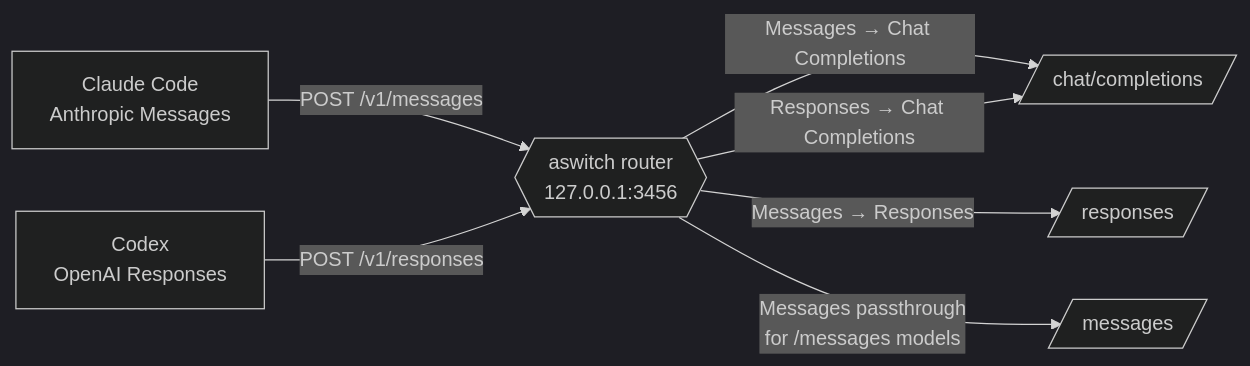
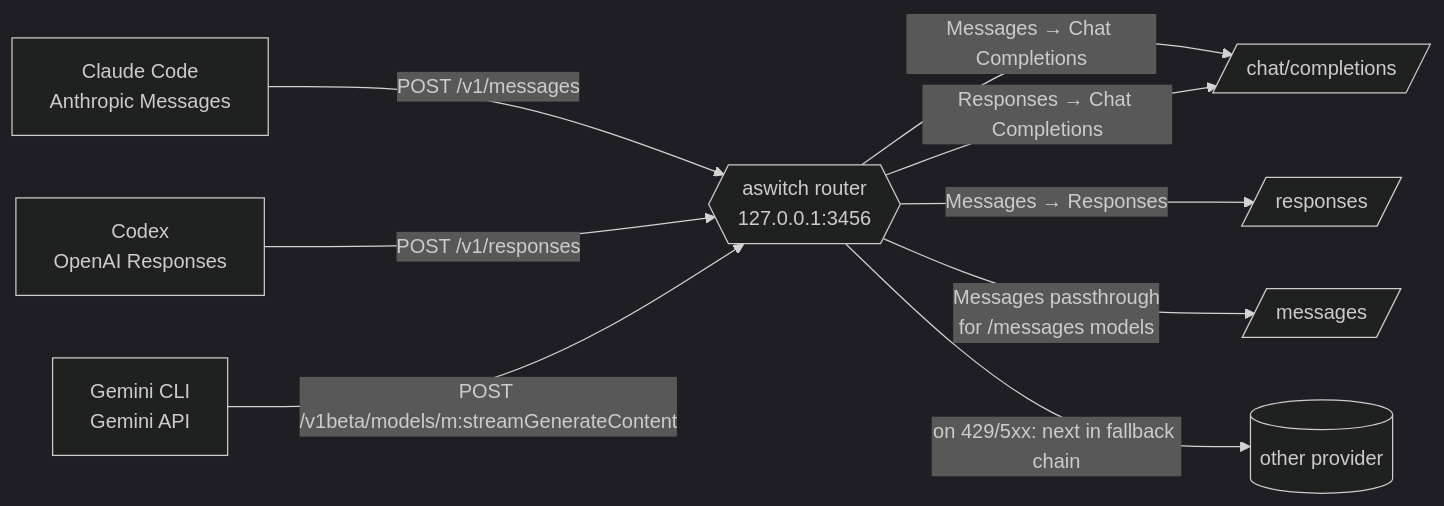
One commit to cumabozkurt/agent-switchboard changed the third of 3 diagrams in README.md. Above: the diagram before and after it, drawn with Mermaid (dark theme). The commit also changed other lines of this file and 68 other files, not shown here.

Commit message:
feat: v0.3.0 — Gemini CLI, profiles, fallback chain, usage log, MCP sync, import/export, endpoint test, tray, update notice; automated e2e, release notes, checksums, CodeQL, Dependabot

````diff
--- a/README.md
+++ b/README.md
@@ -312,9 +365,11 @@
 ```mermaid
 flowchart LR
   CC[Claude Code<br/>Anthropic Messages] -->|POST /v1/messages| R{{aswitch router<br/>127.0.0.1:3456}}
   CX[Codex<br/>OpenAI Responses] -->|POST /v1/responses| R
+  GM[Gemini CLI<br/>Gemini API] -->|POST /v1beta/models/m:streamGenerateContent| R
   R -->|Messages → Chat Completions| C1[/chat/completions/]
   R -->|Messages → Responses| C2[/responses/]
   R -->|Messages passthrough<br/>for /messages models| C3[/messages/]
   R -->|Responses → Chat Completions| C1
+  R -->|on 429/5xx: next in fallback chain| FB[(other provider)]
 ```
````
